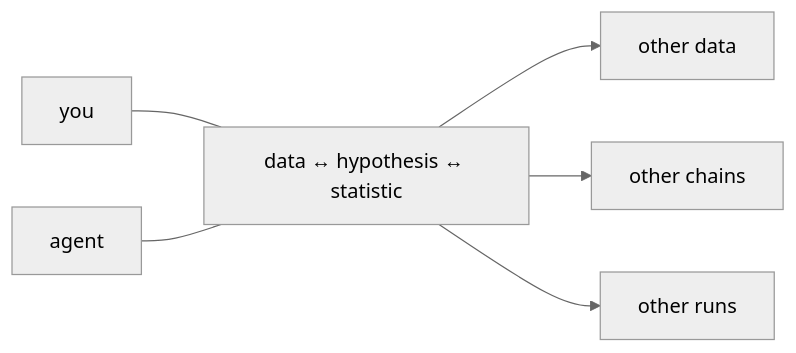
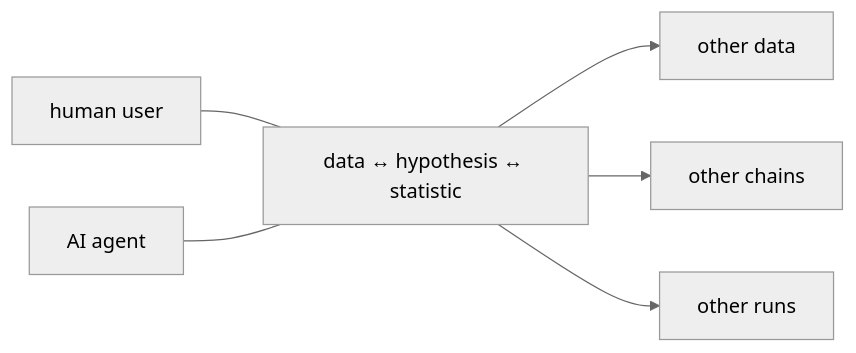
Before and after one commit to WoobeenJeong/STATOP_public: the third of 3 diagrams in README.md, drawn with Mermaid (neutral theme). The commit also changed other lines of this file, not shown here.

First line of the commit message:
docs: name the two sides — AI agent and human user

````diff
--- a/README.md
+++ b/README.md
@@ -40,9 +39,9 @@
 ```mermaid
 flowchart LR
   C["data ↔ hypothesis ↔ statistic"]
   C --> D1["other data"]
   C --> D2["other chains"]
   C --> D3["other runs"]
-  U["you"] --- C
-  A["agent"] --- C
+  U["human user"] --- C
+  A["AI agent"] --- C
 ```
````
